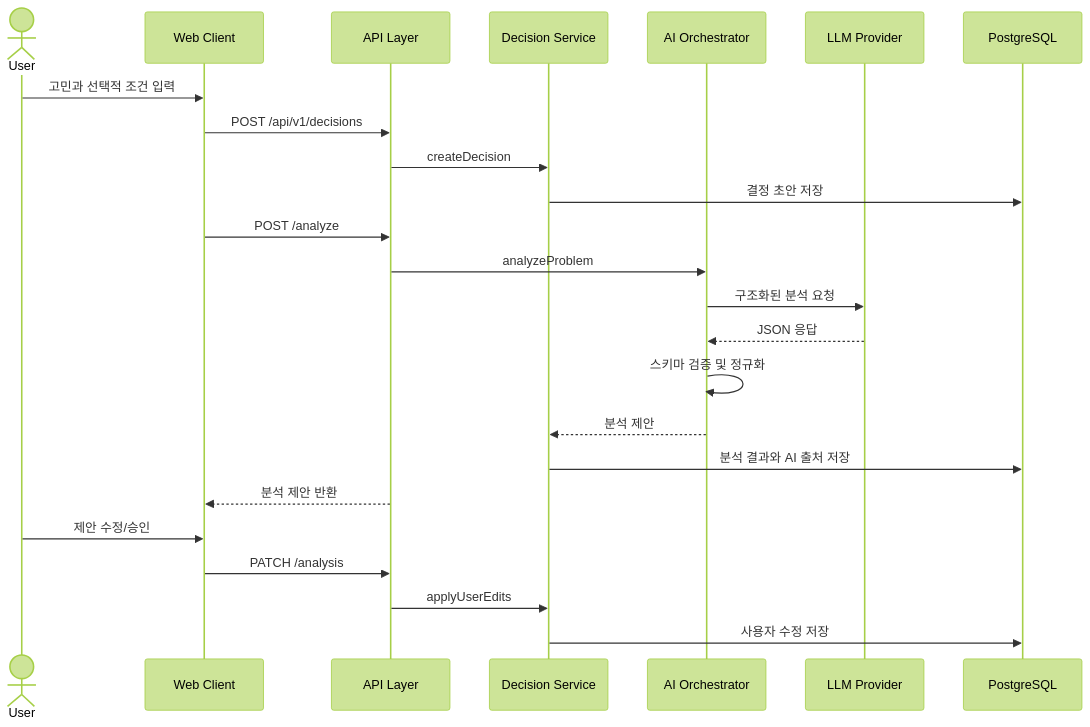
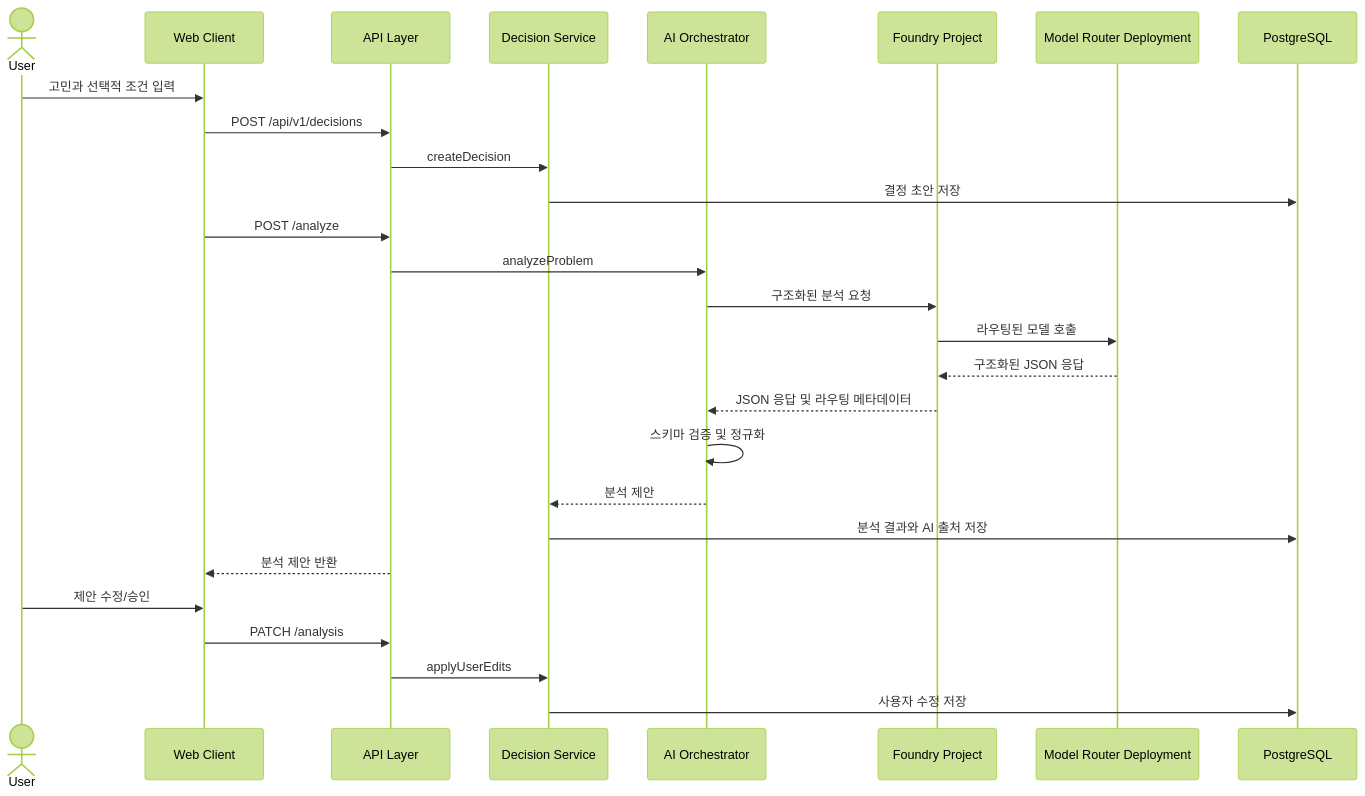
One commit to ksj029592-lab/Decision_Lab changed the second of 3 diagrams in ARCHITECTURE.md. Above: the diagram before and after it, drawn with Mermaid (forest theme). The commit also changed other lines of this file and 2 other files, not shown here.

Commit message:
Document Azure Foundry model router integration

````diff
--- a/ARCHITECTURE.md
+++ b/ARCHITECTURE.md
@@ -124,27 +134,30 @@
 ```mermaid
 sequenceDiagram
     actor User
     participant UI as Web Client
     participant API as API Layer
     participant Domain as Decision Service
     participant AI as AI Orchestrator
-    participant LLM as LLM Provider
+    participant Foundry as Foundry Project
+    participant Router as Model Router Deployment
     participant DB as PostgreSQL
 
     User->>UI: 고민과 선택적 조건 입력
     UI->>API: POST /api/v1/decisions
     API->>Domain: createDecision
     Domain->>DB: 결정 초안 저장
     UI->>API: POST /analyze
     API->>AI: analyzeProblem
-    AI->>LLM: 구조화된 분석 요청
-    LLM-->>AI: JSON 응답
+    AI->>Foundry: 구조화된 분석 요청
+    Foundry->>Router: 라우팅된 모델 호출
+    Router-->>Foundry: 구조화된 JSON 응답
+    Foundry-->>AI: JSON 응답 및 라우팅 메타데이터
     AI->>AI: 스키마 검증 및 정규화
     AI-->>Domain: 분석 제안
     Domain->>DB: 분석 결과와 AI 출처 저장
     API-->>UI: 분석 제안 반환
     User->>UI: 제안 수정/승인
     UI->>API: PATCH /analysis
     API->>Domain: applyUserEdits
     Domain->>DB: 사용자 수정 저장
 ```
````
